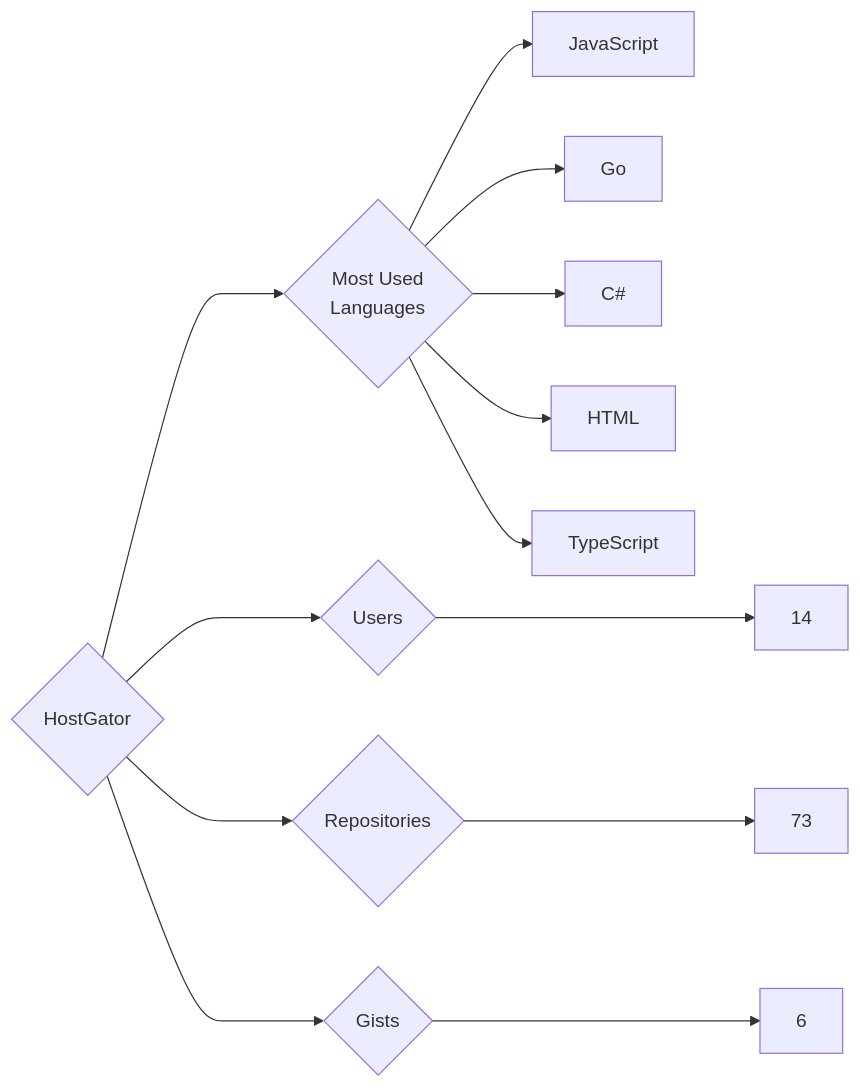
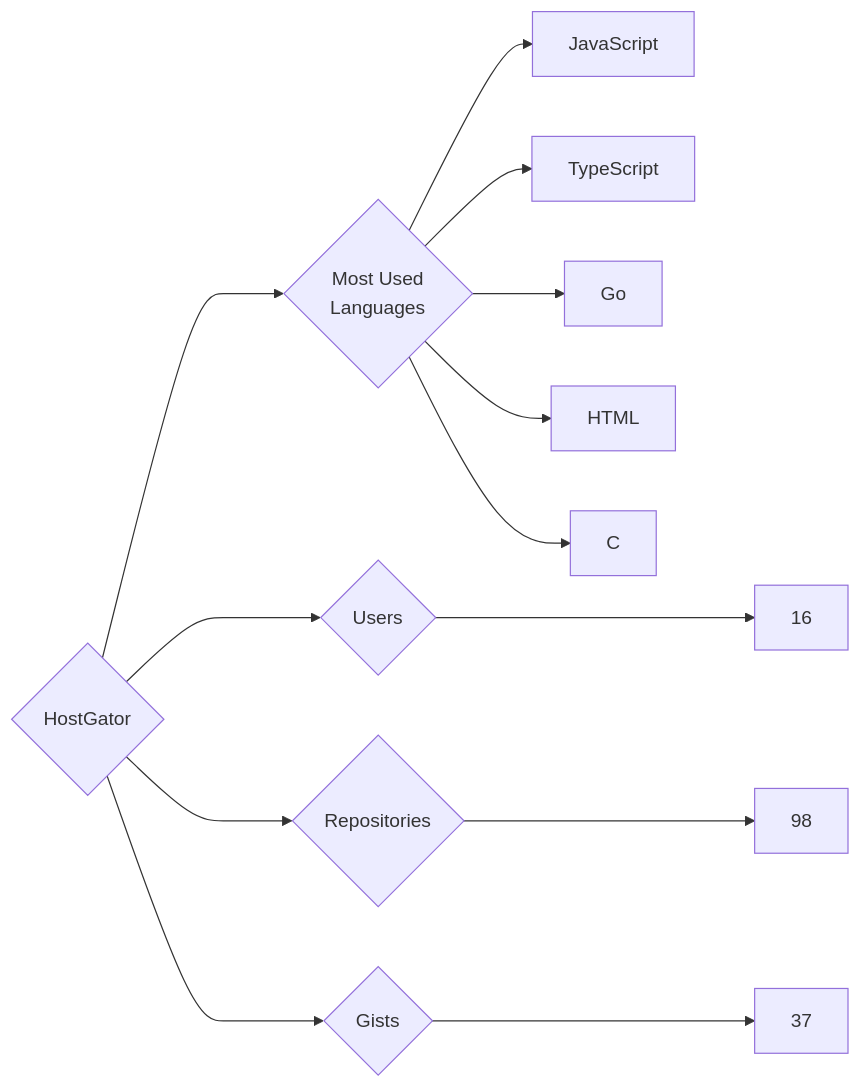
The diagram in targets/HostGator/README.md (trickest/insiders), drawn with Mermaid before and after one commit. The commit also changed 681 other files, not shown here.

````diff
--- a/targets/HostGator/README.md
+++ b/targets/HostGator/README.md
@@ -3,13 +3,13 @@
 ```mermaid
 graph LR
 COMPANY_NAME{HostGator}
-COMPANY_NAME ---> U{Users} ---> UN[14]
-COMPANY_NAME ---> R{Repositories} ---> RN[73]
-COMPANY_NAME ---> G{Gists} ---> GN[6]
+COMPANY_NAME ---> U{Users} ---> UN[16]
+COMPANY_NAME ---> R{Repositories} ---> RN[98]
+COMPANY_NAME ---> G{Gists} ---> GN[37]
 COMPANY_NAME ---> ML{Most Used<br>Languages}
 ML --> JavaScript[JavaScript]
+ML --> TypeScript[TypeScript]
 ML --> Go[Go]
-ML --> C#[C#]
 ML --> HTML[HTML]
-ML --> TypeScript[TypeScript]
+ML --> C[C]
 ```
````
